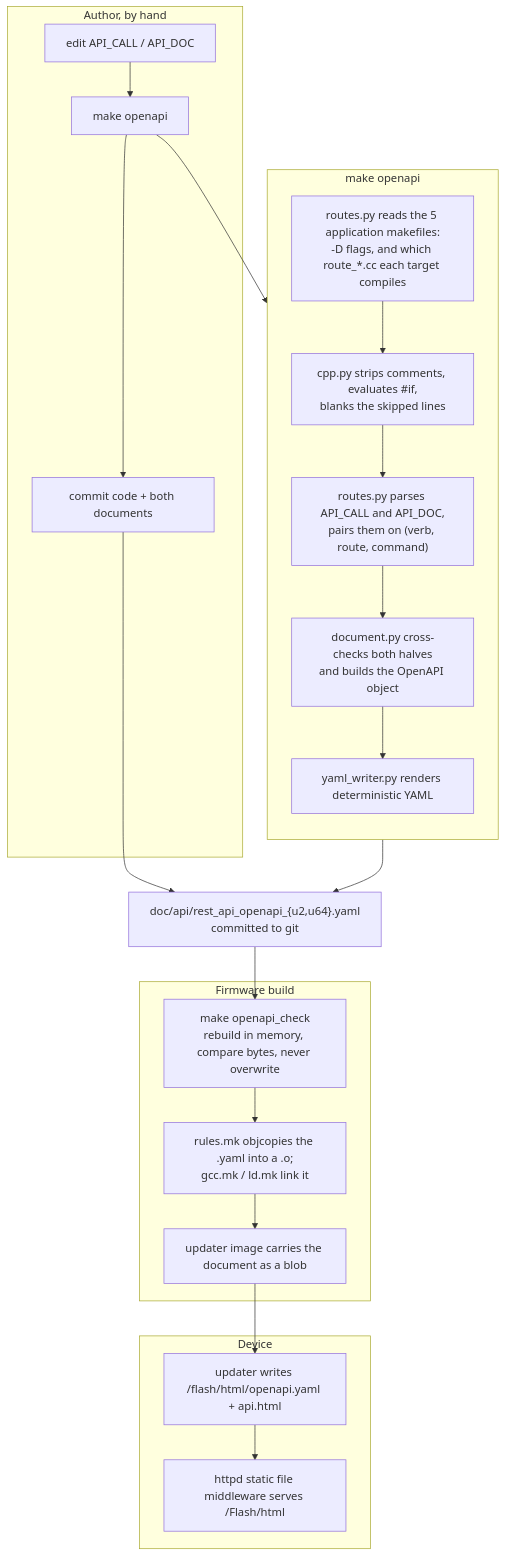
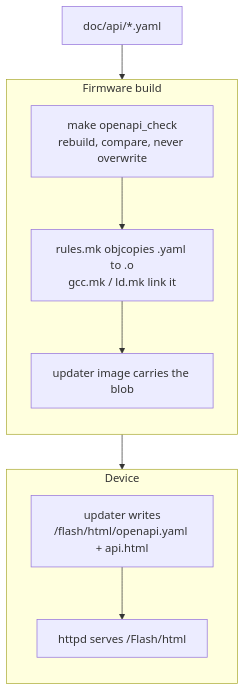
The second of 3 diagrams in doc/api/openapi-generation.md (GideonZ/1541ultimate), drawn with Mermaid before and after one commit. The commit also changed other lines of this file, not shown here.

Commit message:
Split the pipeline diagram so each fits a page
Claude-Session: https://claude.ai/code/session_01MWFunkijuJFdcnkQxL1gNn

````diff
--- a/doc/api/openapi-generation.md
+++ b/doc/api/openapi-generation.md
@@ -72,38 +91,18 @@
 ```mermaid
 flowchart TB
-    subgraph A["Author, by hand"]
-        A1["edit API_CALL / API_DOC"]
-        A2["make openapi"]
-        A3["commit code + both documents"]
-        A1 --> A2 --> A3
-    end
-
-    subgraph G["make openapi"]
+    Y["doc/api/*.yaml"] --> B1
+    subgraph BUILD["Firmware build"]
         direction TB
-        G1["routes.py reads the 5 application makefiles:<br/>-D flags, and which route_*.cc each target compiles"]
-        G2["cpp.py strips comments, evaluates #if,<br/>blanks the skipped lines"]
-        G3["routes.py parses API_CALL and API_DOC,<br/>pairs them on (verb, route, command)"]
-        G4["document.py cross-checks both halves<br/>and builds the OpenAPI object"]
-        G5["yaml_writer.py renders deterministic YAML"]
-        G1 --> G2 --> G3 --> G4 --> G5
-    end
-
-    subgraph B["Firmware build"]
-        B1["make openapi_check<br/>rebuild in memory, compare bytes, never overwrite"]
-        B2["rules.mk objcopies the .yaml into a .o;<br/>gcc.mk / ld.mk link it"]
-        B3["updater image carries the document as a blob"]
+        B1["make openapi_check<br/>rebuild, compare, never overwrite"]
+        B2["rules.mk objcopies .yaml to .o<br/>gcc.mk / ld.mk link it"]
+        B3["updater image carries the blob"]
         B1 --> B2 --> B3
     end
-
-    subgraph D["Device"]
-        D1["updater writes /flash/html/openapi.yaml + api.html"]
-        D2["httpd static file middleware serves /Flash/html"]
+    B3 --> D1
+    subgraph DEV["Device"]
+        direction TB
+        D1["updater writes<br/>/flash/html/openapi.yaml + api.html"]
+        D2["httpd serves /Flash/html"]
         D1 --> D2
     end
-
-    A2 --> G1
-    G5 --> Y["doc/api/rest_api_openapi_{u2,u64}.yaml<br/>committed to git"]
-    A3 --> Y
-    Y --> B1
-    B3 --> D1
 ```
````
